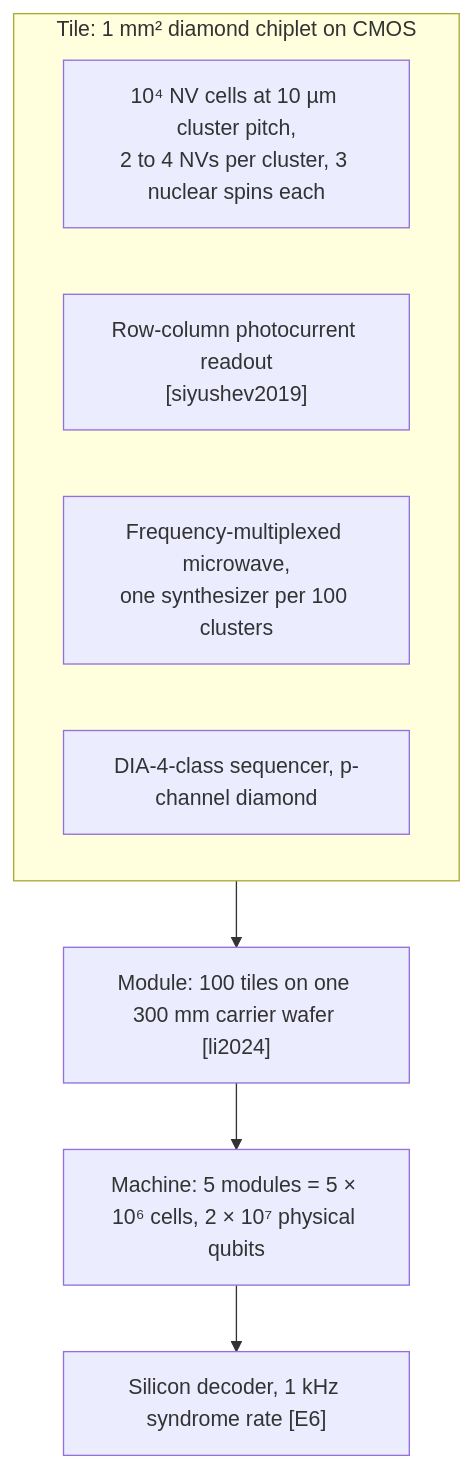
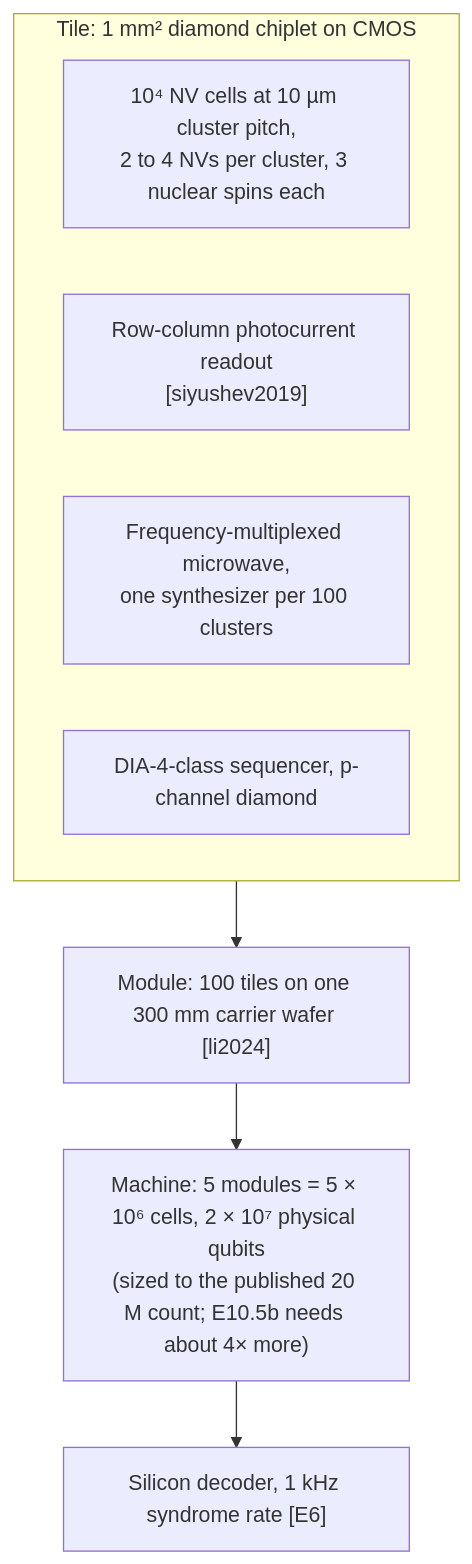
The diagram in docs/expert/E10_scaling_a_room_temperature_quantum_computer.md (Normansrule/adamas-diamond-framework), drawn with Mermaid before and after one commit. The commit also changed other lines of this file and 167 other files, not shown here.

````diff
--- a/docs/expert/E10_scaling_a_room_temperature_quantum_computer.md
+++ b/docs/expert/E10_scaling_a_room_temperature_quantum_computer.md
@@ -50,12 +52,12 @@
 ```mermaid
 flowchart TB
     subgraph tile["Tile: 1 mm² diamond chiplet on CMOS"]
         c1["10⁴ NV cells at 10 µm cluster pitch,<br/>2 to 4 NVs per cluster, 3 nuclear spins each"]
         c2["Row-column photocurrent readout<br/>[siyushev2019]"]
         c3["Frequency-multiplexed microwave,<br/>one synthesizer per 100 clusters"]
         c4["DIA-4-class sequencer, p-channel diamond"]
     end
     tile --> mod["Module: 100 tiles on one 300 mm carrier wafer [li2024]"]
-    mod --> mach["Machine: 5 modules = 5 × 10⁶ cells, 2 × 10⁷ physical qubits"]
+    mod --> mach["Machine: 5 modules = 5 × 10⁶ cells, 2 × 10⁷ physical qubits<br/>(sized to the published 20 M count; E10.5b needs about 4× more)"]
     mach --> dec["Silicon decoder, 1 kHz syndrome rate [E6]"]
 ```
````
